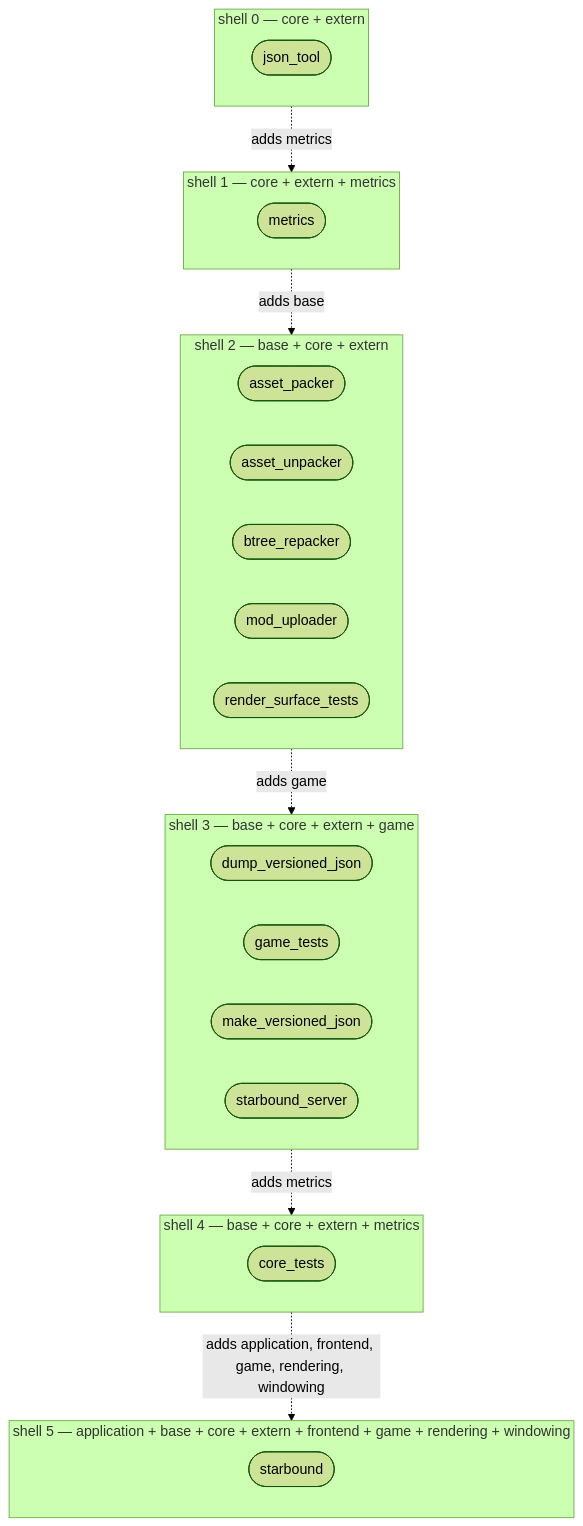
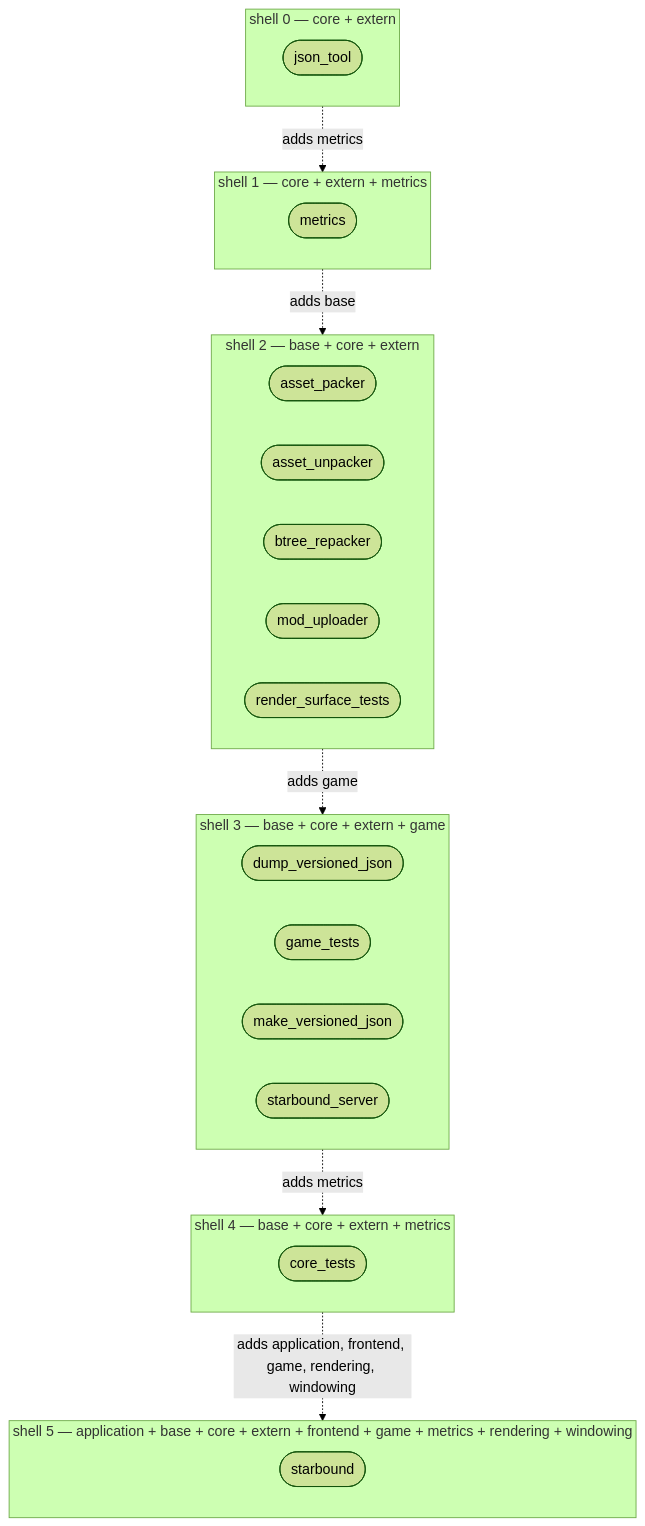
Before and after one commit to apnex/OpenStarbound: the fourth of 11 diagrams in docs/architecture/system-boundaries.md, drawn with Mermaid (forest theme). The commit also changed other lines of this file and 8 other files, not shown here.

````diff
--- a/docs/architecture/system-boundaries.md
+++ b/docs/architecture/system-boundaries.md
@@ -347,39 +348,39 @@
 ```mermaid
 flowchart TD
   subgraph S0["shell 0 — core + extern"]
     direction LR
     json_tool(["json_tool"])
   end
   subgraph S1["shell 1 — core + extern + metrics"]
     direction LR
     metrics(["metrics"])
   end
   S0 -.->|adds metrics| S1
   subgraph S2["shell 2 — base + core + extern"]
     direction LR
     asset_packer(["asset_packer"])
     asset_unpacker(["asset_unpacker"])
     btree_repacker(["btree_repacker"])
     mod_uploader(["mod_uploader"])
     render_surface_tests(["render_surface_tests"])
   end
   S1 -.->|adds base| S2
   subgraph S3["shell 3 — base + core + extern + game"]
     direction LR
     dump_versioned_json(["dump_versioned_json"])
     game_tests(["game_tests"])
     make_versioned_json(["make_versioned_json"])
     starbound_server(["starbound_server"])
   end
   S2 -.->|adds game| S3
   subgraph S4["shell 4 — base + core + extern + metrics"]
     direction LR
     core_tests(["core_tests"])
   end
   S3 -.->|adds metrics| S4
-  subgraph S5["shell 5 — application + base + core + extern + frontend + game + rendering + windowing"]
+  subgraph S5["shell 5 — application + base + core + extern + frontend + game + metrics + rendering + windowing"]
     direction LR
     starbound(["starbound"])
   end
   S4 -.->|adds application, frontend, game, rendering, windowing| S5
 ```
````
